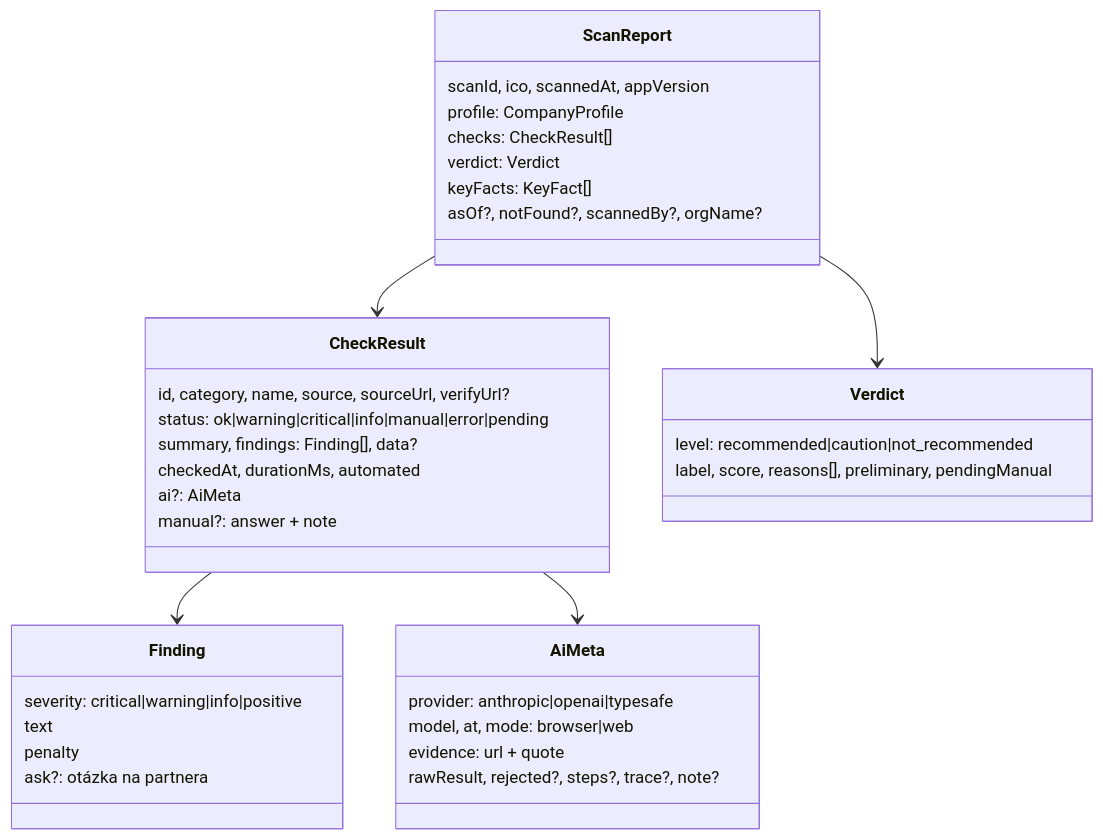
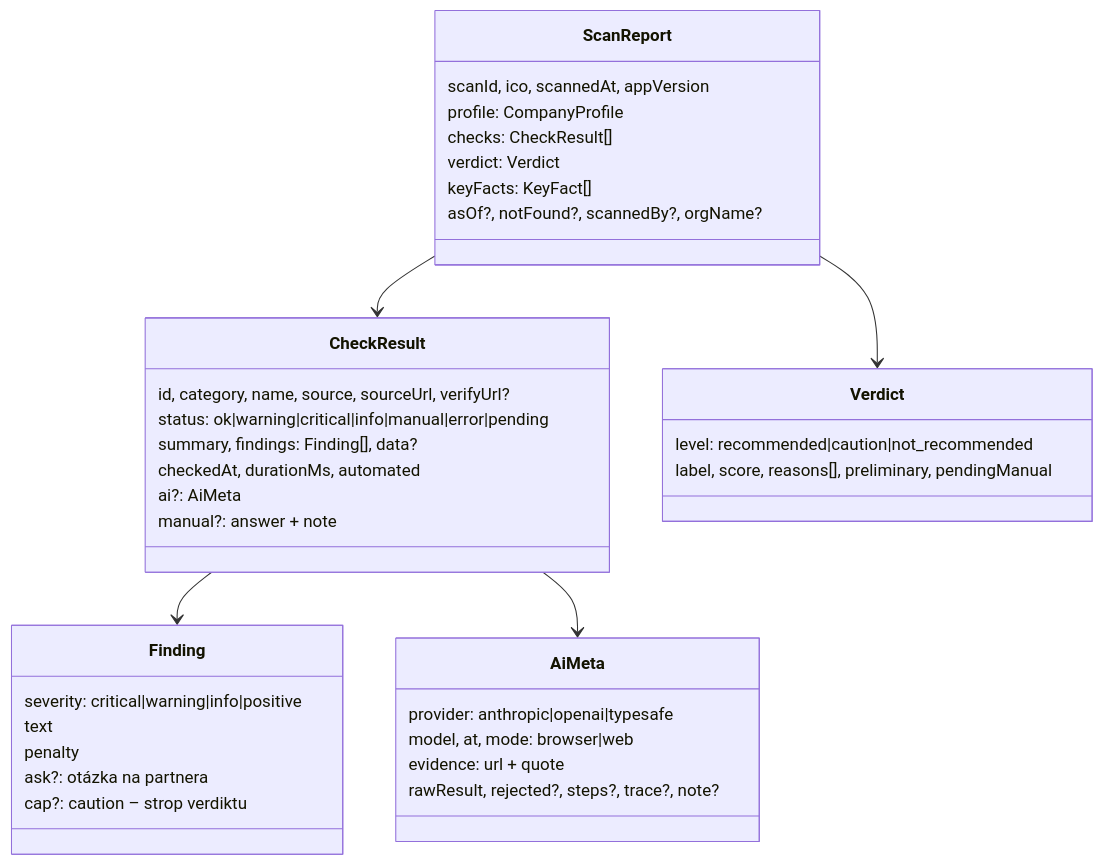
One commit to anty11/eM changed the fifth of 7 diagrams in overenie-ico/docs/ARCHITEKTURA.md. Above: the diagram before and after it, drawn with Mermaid. The commit also changed other lines of this file and 6 other files, not shown here.

````diff
--- a/overenie-ico/docs/ARCHITEKTURA.md
+++ b/overenie-ico/docs/ARCHITEKTURA.md
@@ -221,39 +222,40 @@
 ```mermaid
 classDiagram
   class ScanReport {
     scanId, ico, scannedAt, appVersion
     profile: CompanyProfile
     checks: CheckResult[]
     verdict: Verdict
     keyFacts: KeyFact[]
     asOf?, notFound?, scannedBy?, orgName?
   }
   class CheckResult {
     id, category, name, source, sourceUrl, verifyUrl?
     status: ok|warning|critical|info|manual|error|pending
     summary, findings: Finding[], data?
     checkedAt, durationMs, automated
     ai?: AiMeta
     manual?: answer + note
   }
   class Finding {
     severity: critical|warning|info|positive
     text
     penalty
     ask?: otázka na partnera
+    cap?: caution – strop verdiktu
   }
   class AiMeta {
     provider: anthropic|openai|typesafe
     model, at, mode: browser|web
     evidence: url + quote
     rawResult, rejected?, steps?, trace?, note?
   }
   class Verdict {
     level: recommended|caution|not_recommended
     label, score, reasons[], preliminary, pendingManual
   }
   ScanReport --> CheckResult
   ScanReport --> Verdict
   CheckResult --> Finding
   CheckResult --> AiMeta
 ```
````
